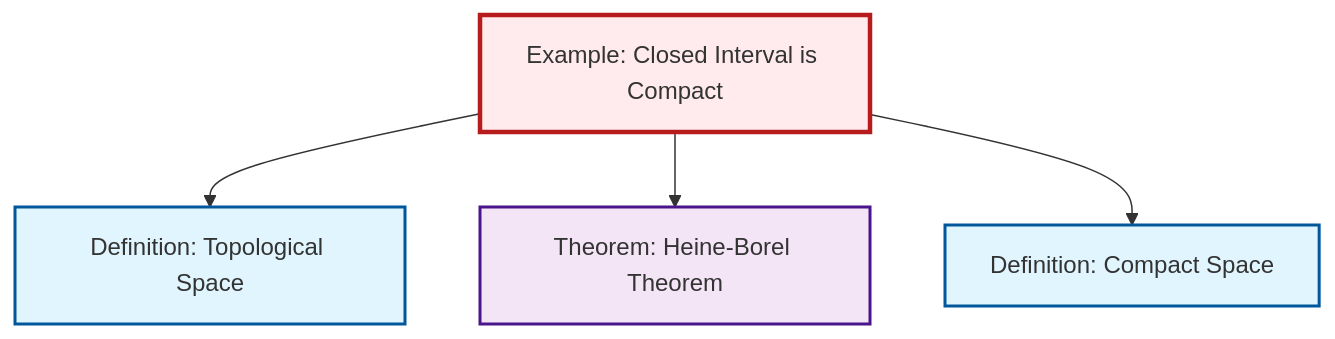
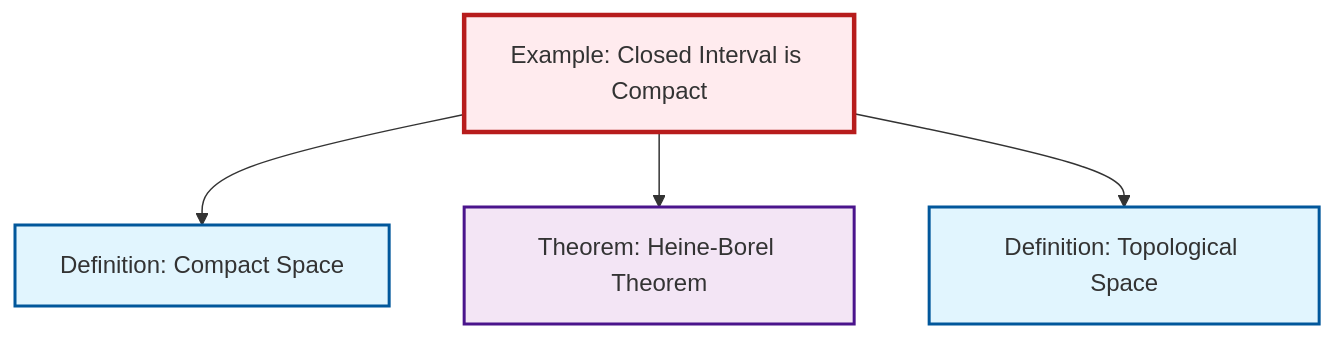
One commit to RK0429/ModernMath changed the diagram in content/ja/topology/ex-closed-interval-compact.qmd. Above: the diagram before and after it, drawn with Mermaid. The commit also changed other lines of this file and 434 other files, not shown here.

````diff
--- a/content/ja/topology/ex-closed-interval-compact.qmd
+++ b/content/ja/topology/ex-closed-interval-compact.qmd
@@ -55,20 +55,20 @@
 ```{mermaid}
 %%| fig-cap: "Local dependency graph"
 graph TD
     classDef definition fill:#e1f5fe,stroke:#01579b,stroke-width:2px
     classDef theorem fill:#f3e5f5,stroke:#4a148c,stroke-width:2px
     classDef axiom fill:#fff3e0,stroke:#e65100,stroke-width:2px
     classDef example fill:#e8f5e9,stroke:#1b5e20,stroke-width:2px
     classDef current fill:#ffebee,stroke:#b71c1c,stroke-width:3px
-    def-compact["Definition: Compact Space"]:::definition
     ex-closed-interval-compact["Example: Closed Interval is Compact"]:::example
     def-topological-space["Definition: Topological Space"]:::definition
     thm-heine-borel["Theorem: Heine-Borel Theorem"]:::theorem
+    def-compact["Definition: Compact Space"]:::definition
+    ex-closed-interval-compact --> def-compact
+    ex-closed-interval-compact --> thm-heine-borel
     ex-closed-interval-compact --> def-topological-space
-    ex-closed-interval-compact --> thm-heine-borel
-    ex-closed-interval-compact --> def-compact
     class ex-closed-interval-compact current
-    click def-compact "def-compact.html" "Definition: Compact Spaceへ"
     click def-topological-space "def-topological-space.html" "Definition: Topological Spaceへ"
     click thm-heine-borel "thm-heine-borel.html" "Theorem: Heine-Borel Theoremへ"
+    click def-compact "def-compact.html" "Definition: Compact Spaceへ"
 ```
````
